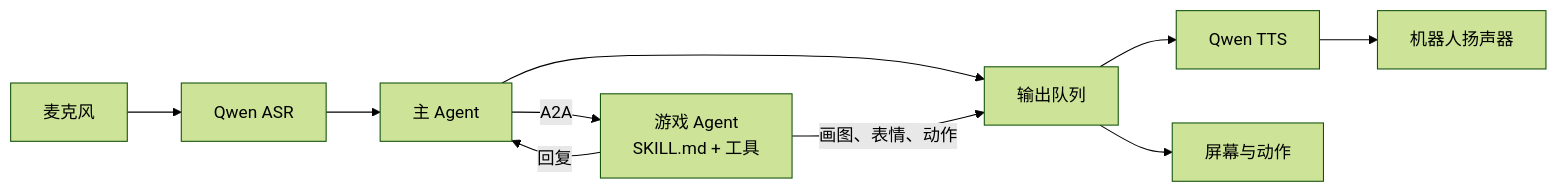
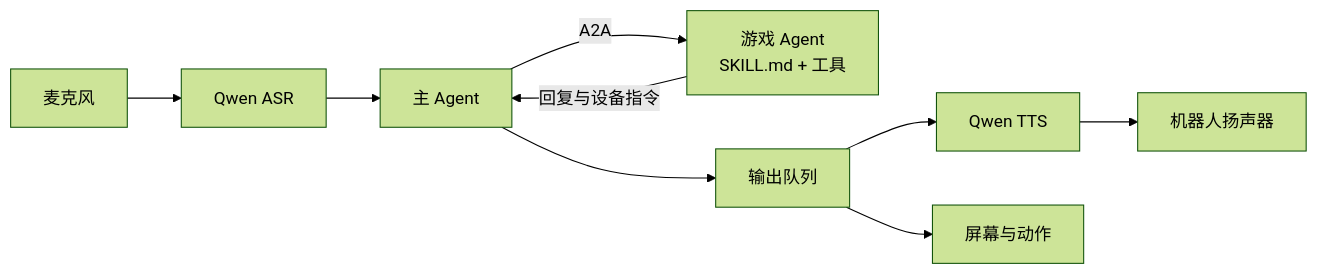
One commit to left0ver/agentcade changed the diagram in README.md. Above: the diagram before and after it, drawn with Mermaid (forest theme). The commit also changed other lines of this file and 10 other files, not shown here.

````diff
--- a/README.md
+++ b/README.md
@@ -118,10 +119,9 @@
 ```mermaid
 flowchart LR
     Mic[麦克风] --> ASR[Qwen ASR] --> Main[主 Agent]
     Main -->|A2A| Games[游戏 Agent<br/>SKILL.md + 工具]
-    Games -->|回复| Main
+    Games -->|回复与设备指令| Main
     Main --> Output[输出队列]
-    Games -->|画图、表情、动作| Output
     Output --> TTS[Qwen TTS] --> Speaker[机器人扬声器]
     Output --> Screen[屏幕与动作]
 ```
````
